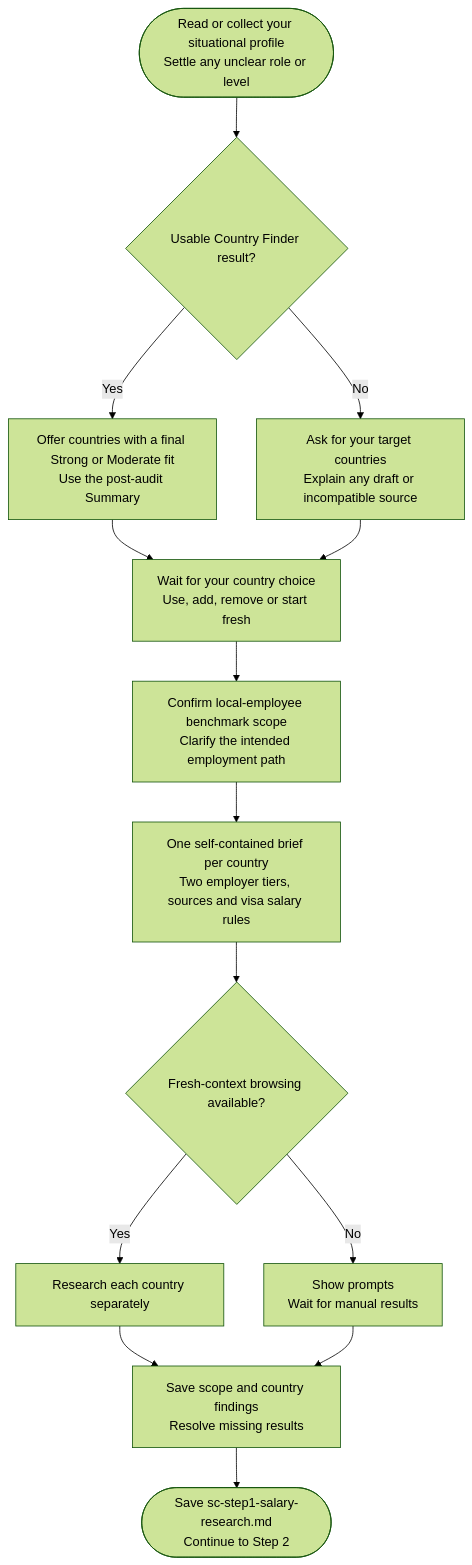
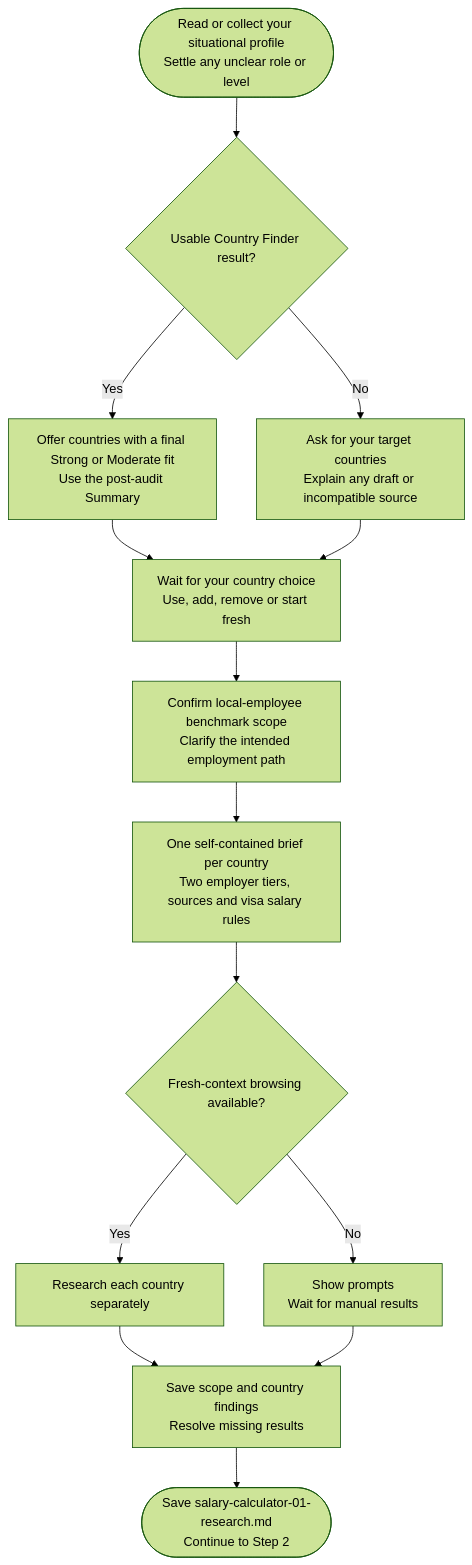
Before and after one commit to myowinthein/agent-compass: the diagram in docs/commands/salary-calculator/step1-research-prompt-generator.md, drawn with Mermaid (forest theme). The commit also changed other lines of this file and 44 other files, not shown here.

````diff
--- a/docs/commands/salary-calculator/step1-research-prompt-generator.md
+++ b/docs/commands/salary-calculator/step1-research-prompt-generator.md
@@ -14,16 +14,16 @@
 ```mermaid
 flowchart TD
   Start(["Read or collect your situational profile<br/>Settle any unclear role or level"]) --> CF{"Usable Country Finder result?"}
   CF -->|Yes| Offer["Offer countries with a final Strong or Moderate fit<br/>Use the post-audit Summary"]
   CF -->|No| ManualList["Ask for your target countries<br/>Explain any draft or incompatible source"]
   Offer --> Confirm["Wait for your country choice<br/>Use, add, remove or start fresh"]
   ManualList --> Confirm
   Confirm --> Scope["Confirm local-employee benchmark scope<br/>Clarify the intended employment path"]
   Scope --> Brief["One self-contained brief per country<br/>Two employer tiers, sources and visa salary rules"]
   Brief --> Cap{"Fresh-context browsing available?"}
   Cap -->|Yes| Tasks["Research each country separately"]
   Cap -->|No| Manual["Show prompts<br/>Wait for manual results"]
   Tasks --> Collect["Save scope and country findings<br/>Resolve missing results"]
   Manual --> Collect
-  Collect --> Next(["Save sc-step1-salary-research.md<br/>Continue to Step 2"])
+  Collect --> Next(["Save salary-calculator-01-research.md<br/>Continue to Step 2"])
 ```
````
